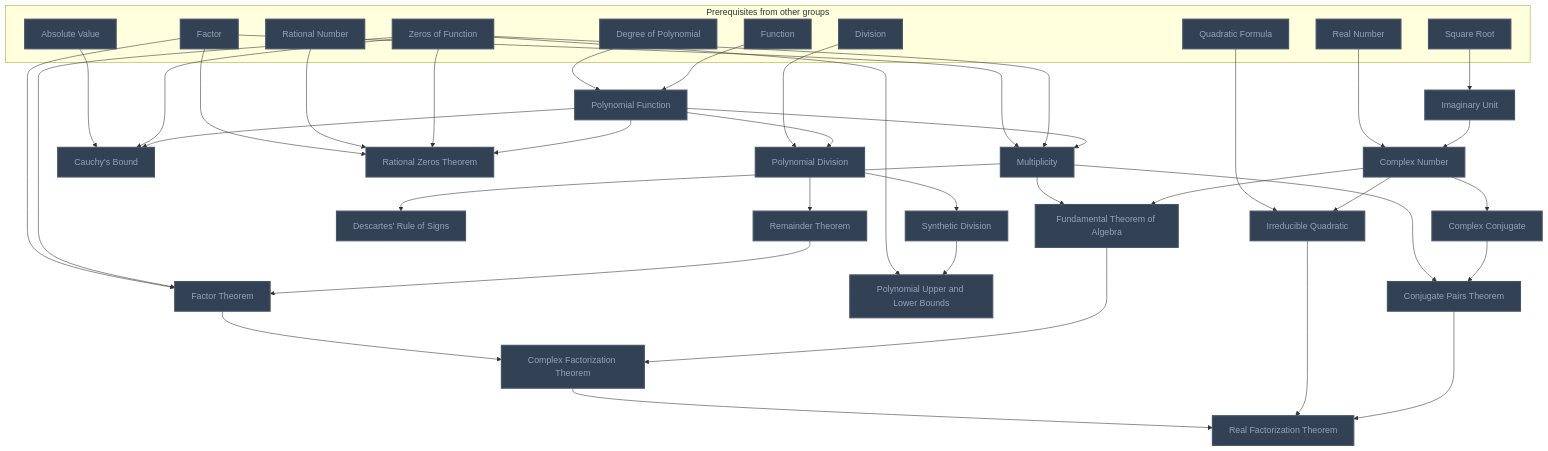
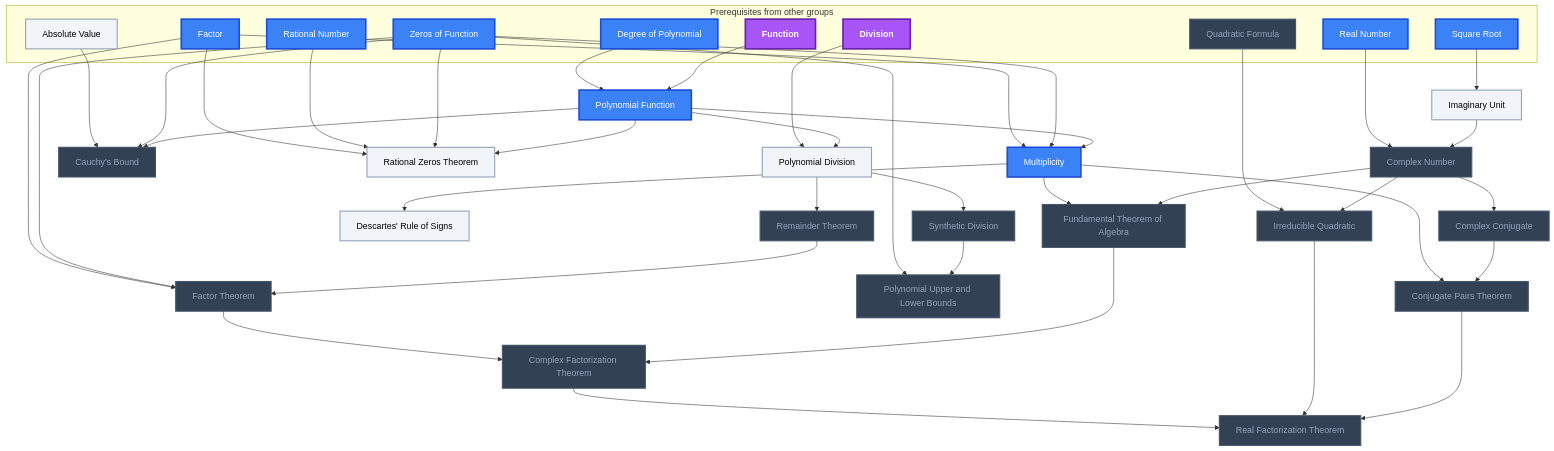
One commit to MRauf1/My-Notes changed the third of 11 diagrams in Gamification/Skill Trees/Pre-Calculus.md. Above: the diagram before and after it, drawn with Mermaid. The commit also changed other lines of this file and 156 other files, not shown here.

````diff
--- a/Gamification/Skill Trees/Pre-Calculus.md
+++ b/Gamification/Skill Trees/Pre-Calculus.md
@@ -322,6 +327,9 @@
     n_complex_factorization_theorem --> n_real_factorization_theorem
     n_irreducible_quadratic --> n_real_factorization_theorem
     n_conjugate_pairs_theorem --> n_real_factorization_theorem
-    class n_degree_of_polynomial,n_function,n_factor,n_zeros_of_function,n_division,n_absolute_value,n_rational_number,n_square_root,n_real_number,n_quadratic_formula,n_polynomial_function,n_multiplicity,n_polynomial_division,n_remainder_theorem,n_factor_theorem,n_synthetic_division,n_cauchy_s_bound,n_rational_zeros_theorem,n_descartes_rule_of_signs,n_polynomial_upper_and_lower_bounds,n_imaginary_unit,n_complex_number,n_complex_conjugate,n_fundamental_theorem_of_algebra,n_complex_factorization_theorem,n_irreducible_quadratic,n_conjugate_pairs_theorem,n_real_factorization_theorem locked;
+    class n_quadratic_formula,n_remainder_theorem,n_factor_theorem,n_synthetic_division,n_cauchy_s_bound,n_polynomial_upper_and_lower_bounds,n_complex_number,n_complex_conjugate,n_fundamental_theorem_of_algebra,n_complex_factorization_theorem,n_irreducible_quadratic,n_conjugate_pairs_theorem,n_real_factorization_theorem locked;
+    class n_absolute_value,n_polynomial_division,n_rational_zeros_theorem,n_descartes_rule_of_signs,n_imaginary_unit L0;
+    class n_degree_of_polynomial,n_factor,n_zeros_of_function,n_rational_number,n_square_root,n_real_number,n_polynomial_function,n_multiplicity L2;
+    class n_function,n_division L3;
     class n_degree_of_polynomial,n_function,n_factor,n_zeros_of_function,n_division,n_absolute_value,n_rational_number,n_square_root,n_real_number,n_quadratic_formula,n_polynomial_function,n_multiplicity,n_polynomial_division,n_remainder_theorem,n_factor_theorem,n_synthetic_division,n_cauchy_s_bound,n_rational_zeros_theorem,n_descartes_rule_of_signs,n_polynomial_upper_and_lower_bounds,n_imaginary_unit,n_complex_number,n_complex_conjugate,n_fundamental_theorem_of_algebra,n_complex_factorization_theorem,n_irreducible_quadratic,n_conjugate_pairs_theorem,n_real_factorization_theorem internal-link;
 ```
````
